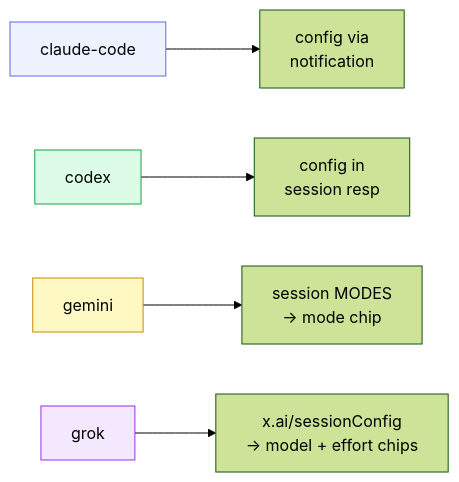
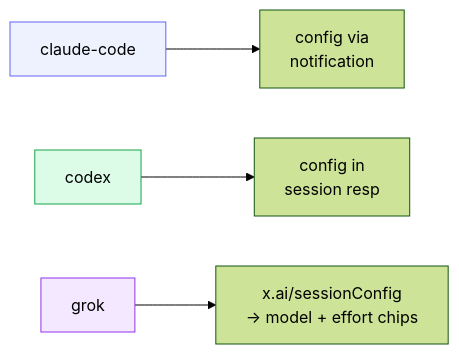
The diagram in docs/architecture/04-providers.md (dravengarden/cowboy), drawn with Mermaid (forest theme) before and after one commit. The commit also changed other lines of this file and 15 other files, not shown here.

````diff
--- a/docs/architecture/04-providers.md
+++ b/docs/architecture/04-providers.md
@@ -326,12 +312,10 @@
 ```mermaid
 flowchart LR
     CC["claude-code"] --> CFG1["config via<br/>notification"]
     CX["codex"] --> CFG2["config in<br/>session resp"]
-    GM["gemini"] --> MODE["session MODES<br/>→ mode chip"]
     GR["grok"] --> XCFG["x.ai/sessionConfig<br/>→ model + effort chips"]
 
     style CC fill:#eef2ff,stroke:#6366f1
     style CX fill:#dcfce7,stroke:#16a34a
-    style GM fill:#fef9c3,stroke:#ca8a04
     style GR fill:#f3e8ff,stroke:#9333ea
 ```
````
